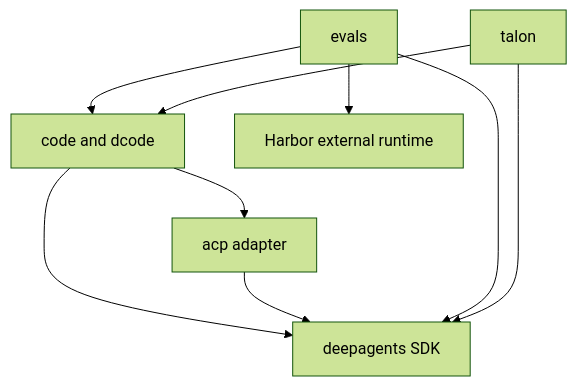
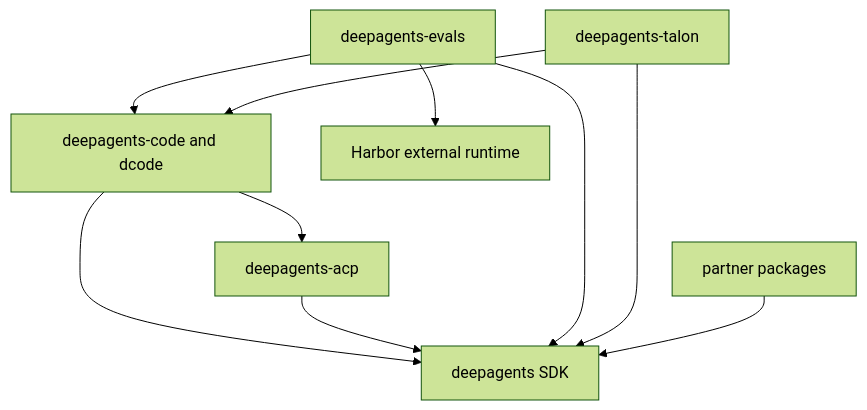
Before and after one commit to langchain-ai/deepagents: the diagram in openwiki/quickstart.md, drawn with Mermaid (forest theme). The commit also changed other lines of this file and 63 other files, not shown here.

````diff
--- a/openwiki/quickstart.md
+++ b/openwiki/quickstart.md
@@ -79,11 +91,12 @@
 ```mermaid
 flowchart TD
-    Code["code and dcode"] --> SDK["deepagents SDK"]
-    Code --> ACP["acp adapter"]
+    Code["deepagents-code and dcode"] --> SDK["deepagents SDK"]
+    Code --> ACP["deepagents-acp"]
     ACP --> SDK
-    Evals["evals"] --> SDK
+    Evals["deepagents-evals"] --> SDK
     Evals --> Code
-    Talon["talon"] --> SDK
+    Evals --> Harbor["Harbor external runtime"]
+    Talon["deepagents-talon"] --> SDK
     Talon --> Code
-    Evals --> Harbor["Harbor external runtime"]
+    Partners["partner packages"] --> SDK
 ```
````
